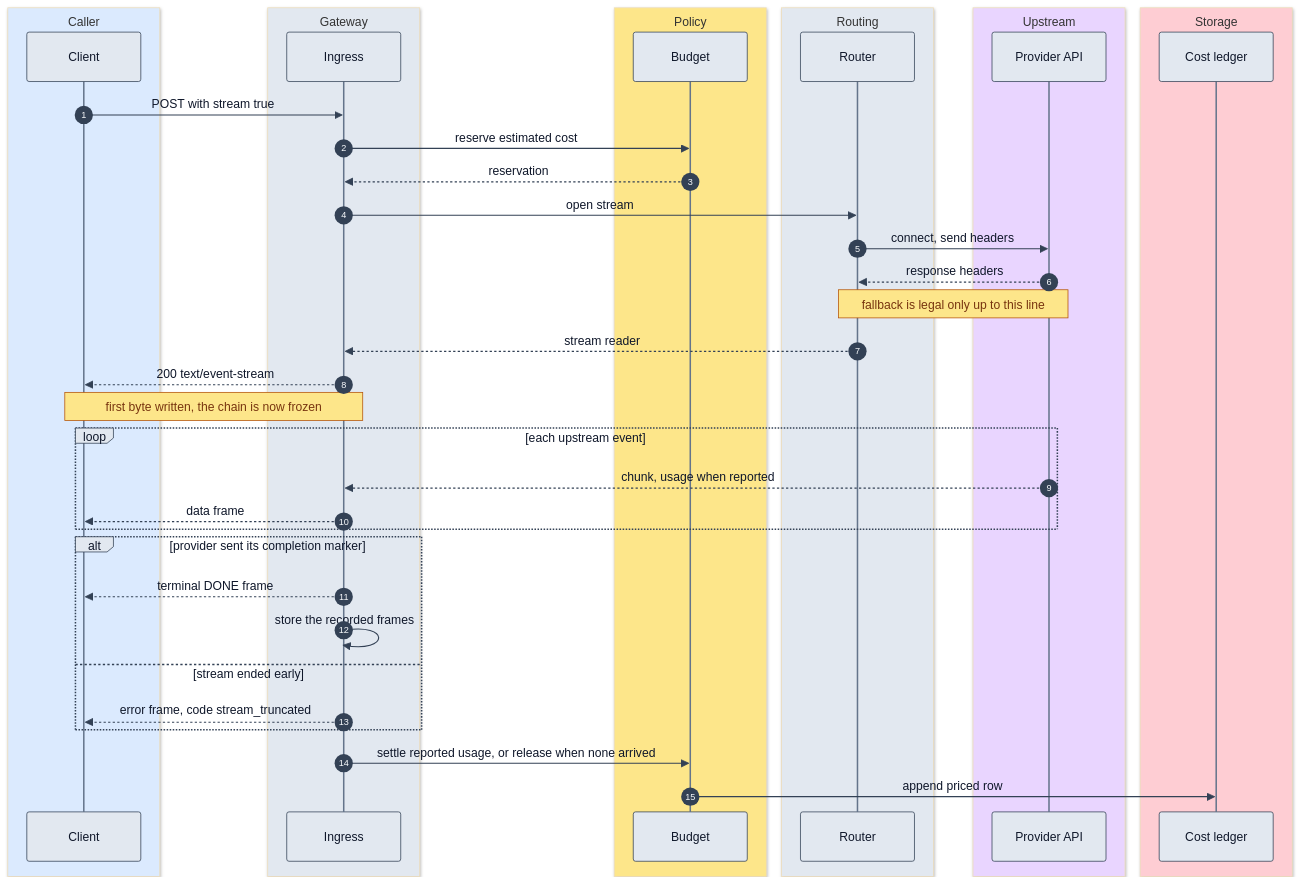
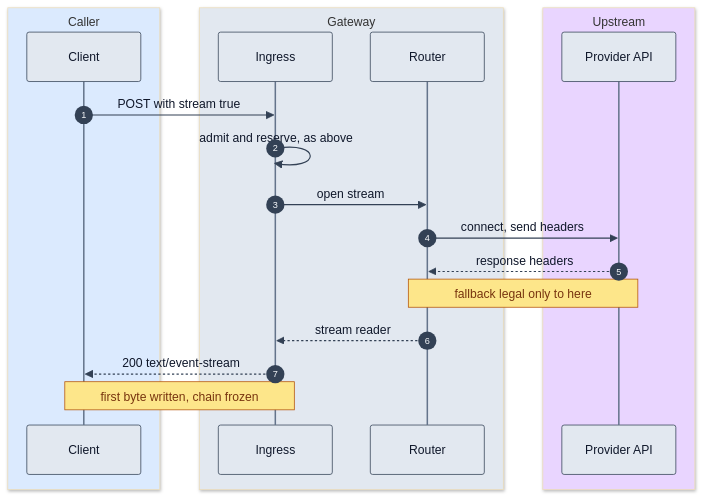
The fourth of 6 diagrams in docs/request-lifecycle.md (rajeev-chaurasia/pen-stock), drawn with Mermaid before and after one commit. The commit also changed other lines of this file and 4 other files, not shown here.

````diff
--- a/docs/request-lifecycle.md
+++ b/docs/request-lifecycle.md
@@ -132,46 +183,25 @@
 ```mermaid
 %%{init: {'theme':'base','themeVariables':{'actorBkg':'#e2e8f0','actorBorder':'#334155','actorTextColor':'#0f172a','actorLineColor':'#64748b','signalColor':'#334155','signalTextColor':'#0f172a','noteBkgColor':'#fde68a','noteBorderColor':'#b45309','noteTextColor':'#78350f','labelBoxBkgColor':'#e2e8f0','labelBoxBorderColor':'#334155','labelTextColor':'#0f172a','loopTextColor':'#0f172a','activationBkgColor':'#bbf7d0','activationBorderColor':'#15803d','sequenceNumberColor':'#f8fafc'}}}%%
 sequenceDiagram
     autonumber
     box rgb(219,234,254) Caller
     participant C as Client
     end
     box rgb(226,232,240) Gateway
     participant I as Ingress
-    end
-    box rgb(253,230,138) Policy
-    participant B as Budget
-    end
-    box rgb(226,232,240) Routing
     participant R as Router
     end
     box rgb(233,213,255) Upstream
     participant U as Provider API
     end
-    box rgb(254,205,211) Storage
-    participant L as Cost ledger
-    end
 
     C->>I: POST with stream true
-    I->>B: reserve estimated cost
-    B-->>I: reservation
+    I->>I: admit and reserve, as above
     I->>R: open stream
     R->>U: connect, send headers
     U-->>R: response headers
-    Note over R,U: fallback is legal only up to this line
+    Note over R,U: fallback legal only to here
     R-->>I: stream reader
     I-->>C: 200 text/event-stream
-    Note over I,C: first byte written, the chain is now frozen
-    loop each upstream event
-        U-->>I: chunk, usage when reported
-        I-->>C: data frame
-    end
-    alt provider sent its completion marker
-        I-->>C: terminal DONE frame
-        I->>I: store the recorded frames
-    else stream ended early
-        I-->>C: error frame, code stream_truncated
-    end
-    I->>B: settle reported usage, or release when none arrived
-    B->>L: append priced row
+    Note over C,I: first byte written, chain frozen
 ```
````
